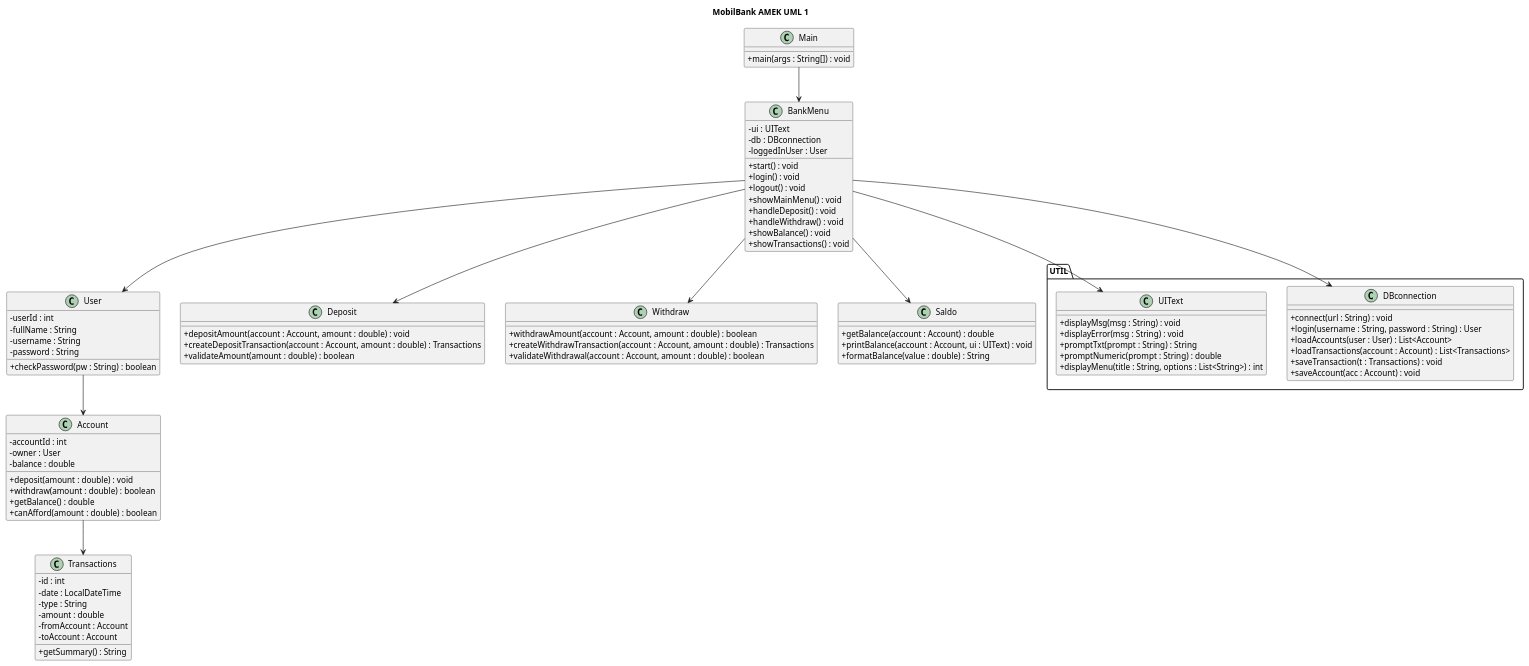
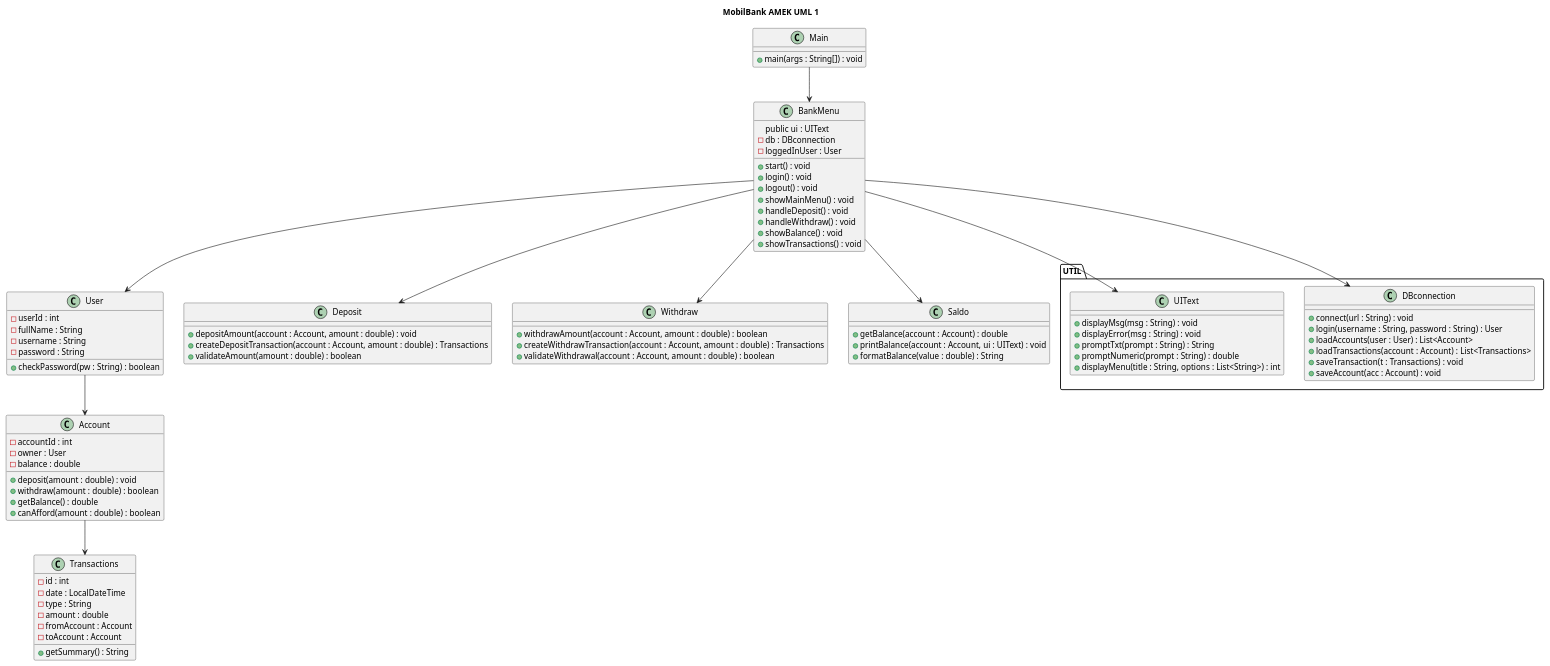
The diagram in data/klassediagram.puml (KhattabE/BANKSYSTEMICE), drawn with PlantUML before and after one commit. The commit also changed 1 other file, not shown here.

```diff
--- a/data/klassediagram.puml
+++ b/data/klassediagram.puml
@@ -1,115 +1,118 @@
 @startuml
-skinparam classAttributeIconSize 0
+
+
+
+skinparam classAttributeIconSize 12
 title MobilBank AMEK UML 1
 
 ' -------- MAIN --------
 class Main {
     + main(args : String[]) : void
 }
 Main --> BankMenu
 
 
 ' -------- BANKMENU --------
 class BankMenu {
-    - ui : UIText
+    public ui : UIText
     - db : DBconnection
     - loggedInUser : User
 
     + start() : void
     + login() : void
     + logout() : void
     + showMainMenu() : void
     + handleDeposit() : void
     + handleWithdraw() : void
     + showBalance() : void
     + showTransactions() : void
 }
 
 
 ' -------- DOMAIN --------
 class User {
     - userId : int
     - fullName : String
     - username : String
     - password : String
 
     + checkPassword(pw : String) : boolean
 }
 
 class Account {
     - accountId : int
     - owner : User
     - balance : double
 
     + deposit(amount : double) : void
     + withdraw(amount : double) : boolean
     + getBalance() : double
     + canAfford(amount : double) : boolean
 }
 
 class Transactions {
     - id : int
     - date : LocalDateTime
     - type : String
     - amount : double
     - fromAccount : Account
     - toAccount : Account
 
     + getSummary() : String
 }
 
 
 ' -------- SERVICES --------
 class Deposit {
     + depositAmount(account : Account, amount : double) : void
     + createDepositTransaction(account : Account, amount : double) : Transactions
     + validateAmount(amount : double) : boolean
 }
 
 class Withdraw {
     + withdrawAmount(account : Account, amount : double) : boolean
     + createWithdrawTransaction(account : Account, amount : double) : Transactions
     + validateWithdrawal(account : Account, amount : double) : boolean
 }
 
 class Saldo {
     + getBalance(account : Account) : double
     + printBalance(account : Account, ui : UIText) : void
     + formatBalance(value : double) : String
 }
 
 
 ' -------- UTIL --------
 package UTIL {
 class DBconnection {
     + connect(url : String) : void
     + login(username : String, password : String) : User
     + loadAccounts(user : User) : List<Account>
     + loadTransactions(account : Account) : List<Transactions>
     + saveTransaction(t : Transactions) : void
     + saveAccount(acc : Account) : void
 }
 
 class UIText {
     + displayMsg(msg : String) : void
     + displayError(msg : String) : void
     + promptTxt(prompt : String) : String
     + promptNumeric(prompt : String) : double
     + displayMenu(title : String, options : List<String>) : int
 }
 }
 
 
 ' -------- RELATIONER --------
 BankMenu --> User
 User --> Account
 Account --> Transactions
 
 BankMenu --> Deposit
 BankMenu --> Withdraw
 BankMenu --> Saldo
 
 BankMenu --> DBconnection
 BankMenu --> UIText
 
 @enduml
```
